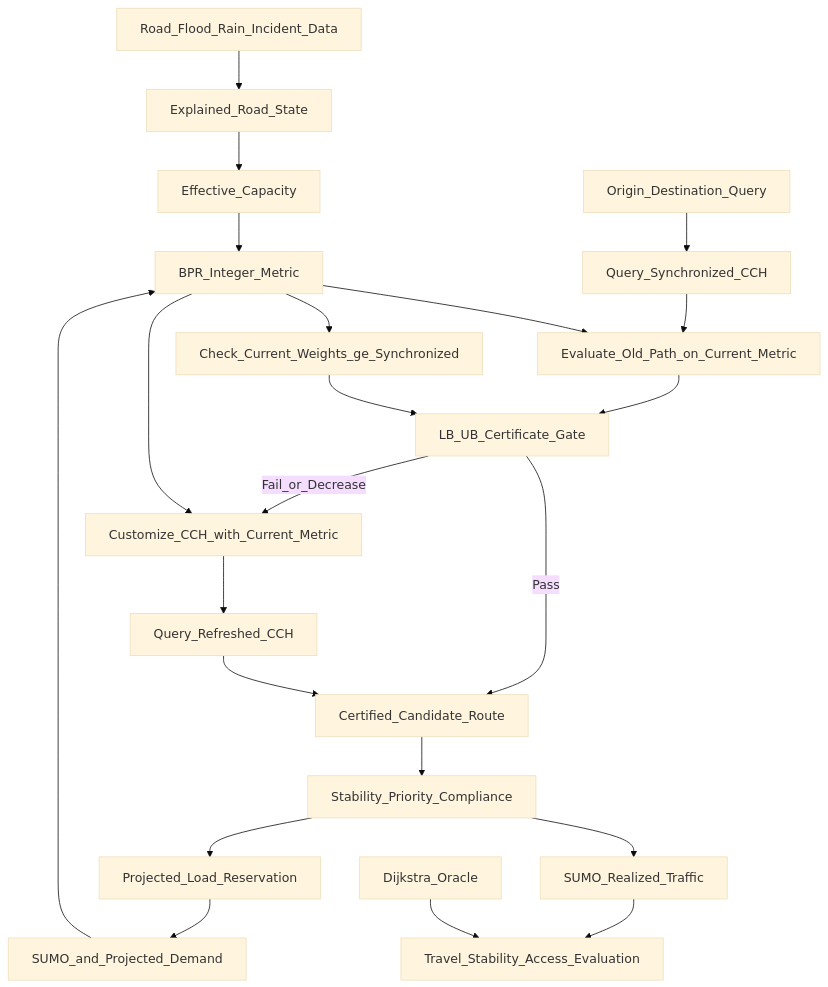
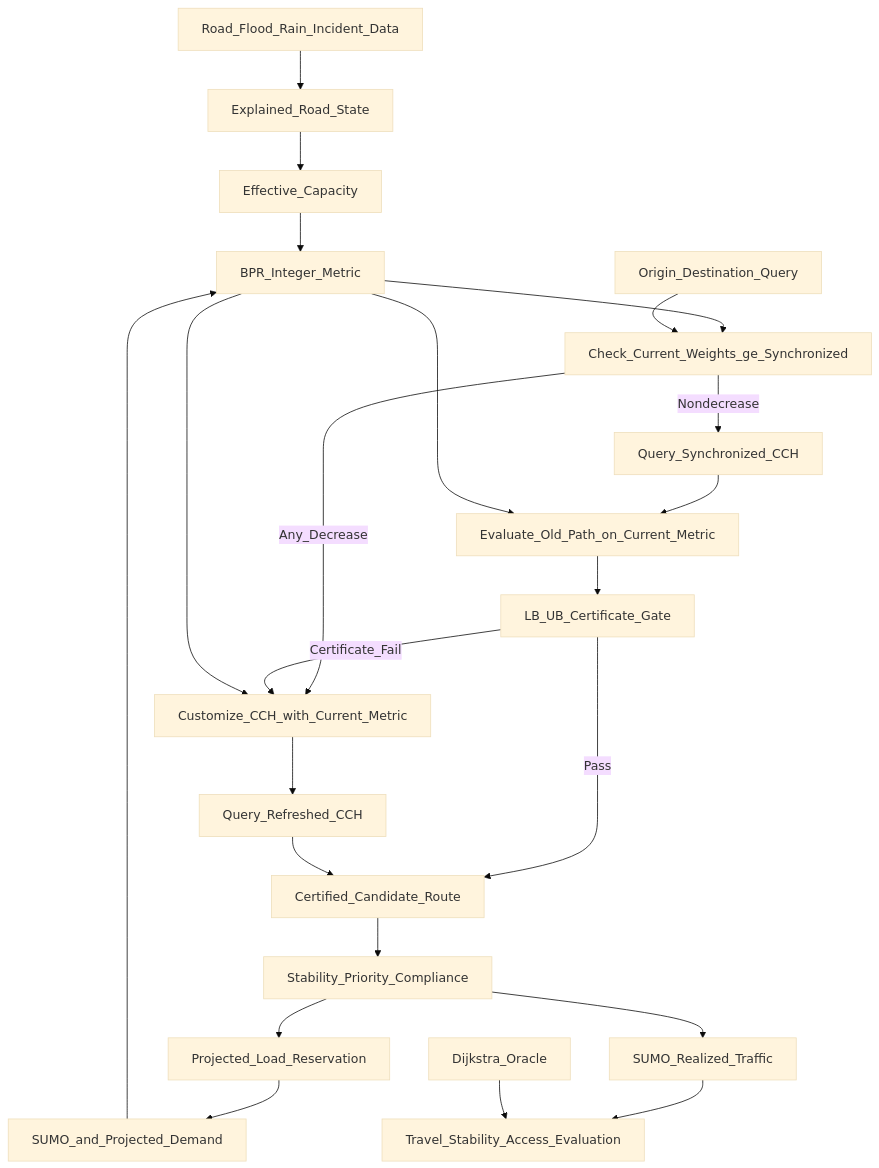
Before and after one commit to rohitmichael-alt/chennai-flood-aware-routing: the diagram in docs/PROJECT_RESEARCH_AND_EVIDENCE.md, drawn with Mermaid (base theme). The commit also changed other lines of this file and 1 other file, not shown here.

````diff
--- a/docs/PROJECT_RESEARCH_AND_EVIDENCE.md
+++ b/docs/PROJECT_RESEARCH_AND_EVIDENCE.md
@@ -457,24 +471,25 @@
 ```mermaid
 flowchart TD
     Data[Road_Flood_Rain_Incident_Data] --> State[Explained_Road_State]
     State --> Capacity[Effective_Capacity]
     Demand[SUMO_and_Projected_Demand] --> BPR[BPR_Integer_Metric]
     Capacity --> BPR
-    OD[Origin_Destination_Query] --> StaleQuery[Query_Synchronized_CCH]
+    BPR --> Monotonicity[Check_Current_Weights_ge_Synchronized]
+    OD[Origin_Destination_Query] --> Monotonicity
+    Monotonicity -->|Nondecrease| StaleQuery[Query_Synchronized_CCH]
+    Monotonicity -->|Any_Decrease| Customize[Customize_CCH_with_Current_Metric]
     StaleQuery --> PathEval[Evaluate_Old_Path_on_Current_Metric]
     BPR --> PathEval
-    BPR --> Monotonicity[Check_Current_Weights_ge_Synchronized]
     PathEval --> Gate[LB_UB_Certificate_Gate]
-    Monotonicity --> Gate
     Gate -->|Pass| Candidate[Certified_Candidate_Route]
-    Gate -->|Fail_or_Decrease| Customize[Customize_CCH_with_Current_Metric]
+    Gate -->|Certificate_Fail| Customize
     BPR --> Customize
     Customize --> FreshQuery[Query_Refreshed_CCH]
     FreshQuery --> Candidate
     Candidate --> Policy[Stability_Priority_Compliance]
     Policy --> Reservation[Projected_Load_Reservation]
     Reservation --> Demand
     Policy --> SUMO[SUMO_Realized_Traffic]
     SUMO --> Evaluation[Travel_Stability_Access_Evaluation]
     Dijkstra[Dijkstra_Oracle] --> Evaluation
 ```
````
